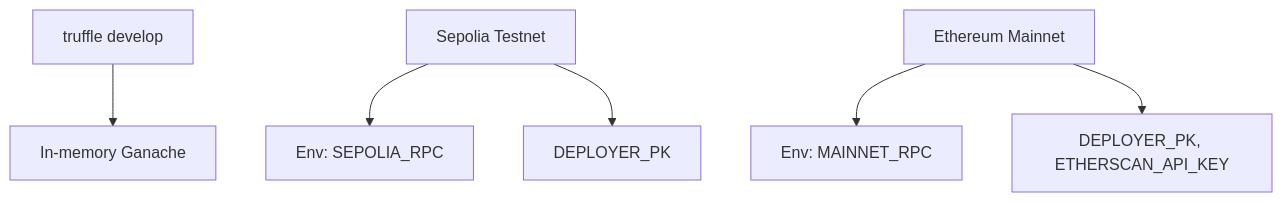
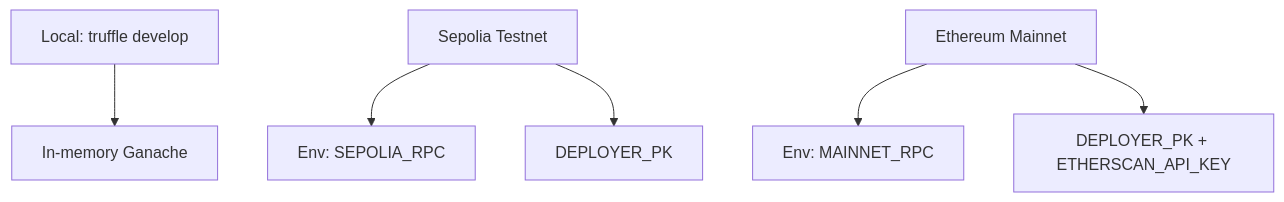
The diagram in truffle/README.md (MontrealAI/agijobs-sovereign-labor-v0p1), drawn with Mermaid before and after one commit. The commit also changed other lines of this file and 3 other files, not shown here.

````diff
--- a/truffle/README.md
+++ b/truffle/README.md
@@ -4,8 +13,8 @@
 ```mermaid
 flowchart TD
-    Dev[truffle develop] --> Uses[In-memory Ganache]
-    Sepolia[Sepolia Testnet] --> RPC_SEP[Env: SEPOLIA_RPC]
-    Mainnet[Ethereum Mainnet] --> RPC_MAIN[Env: MAINNET_RPC]
-    Sepolia --> Secrets1[DEPLOYER_PK]
-    Mainnet --> Secrets2[DEPLOYER_PK, ETHERSCAN_API_KEY]
+    dev[Local: truffle develop] --> ganache[In-memory Ganache]
+    sepolia[Sepolia Testnet] --> rpcSepolia[Env: SEPOLIA_RPC]
+    mainnet[Ethereum Mainnet] --> rpcMainnet[Env: MAINNET_RPC]
+    sepolia --> secretsSepolia[DEPLOYER_PK]
+    mainnet --> secretsMainnet[DEPLOYER_PK + ETHERSCAN_API_KEY]
 ```
````
